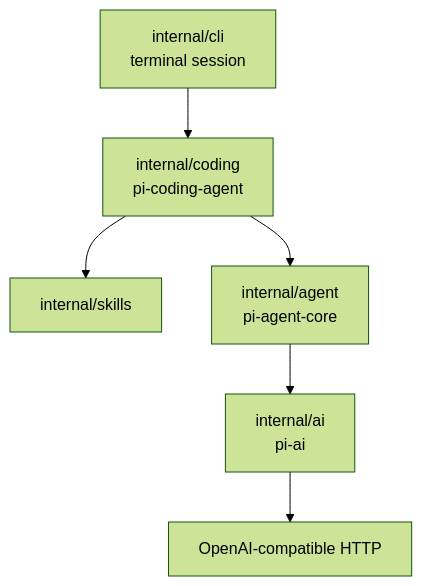
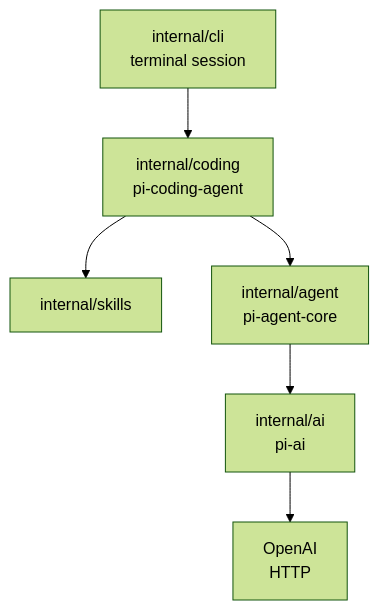
One commit to zyy17/pigo changed the first of 4 diagrams in docs/design.md. Above: the diagram before and after it, drawn with Mermaid (forest theme). The commit also changed other lines of this file and 5 other files, not shown here.

First line of the commit message:
docs: fix clipped labels in TUI diagrams

````diff
--- a/docs/design.md
+++ b/docs/design.md
@@ -9,14 +9,14 @@
 ```mermaid
 flowchart TD
     cli["internal/cli<br/>terminal session"]
     coding["internal/coding<br/>pi-coding-agent"]
     skills["internal/skills"]
     agent["internal/agent<br/>pi-agent-core"]
     ai["internal/ai<br/>pi-ai"]
-    http["OpenAI-compatible HTTP"]
+    http["OpenAI<br/>HTTP"]
     cli --> coding
     coding --> skills
     coding --> agent
     agent --> ai
     ai --> http
 ```
````
